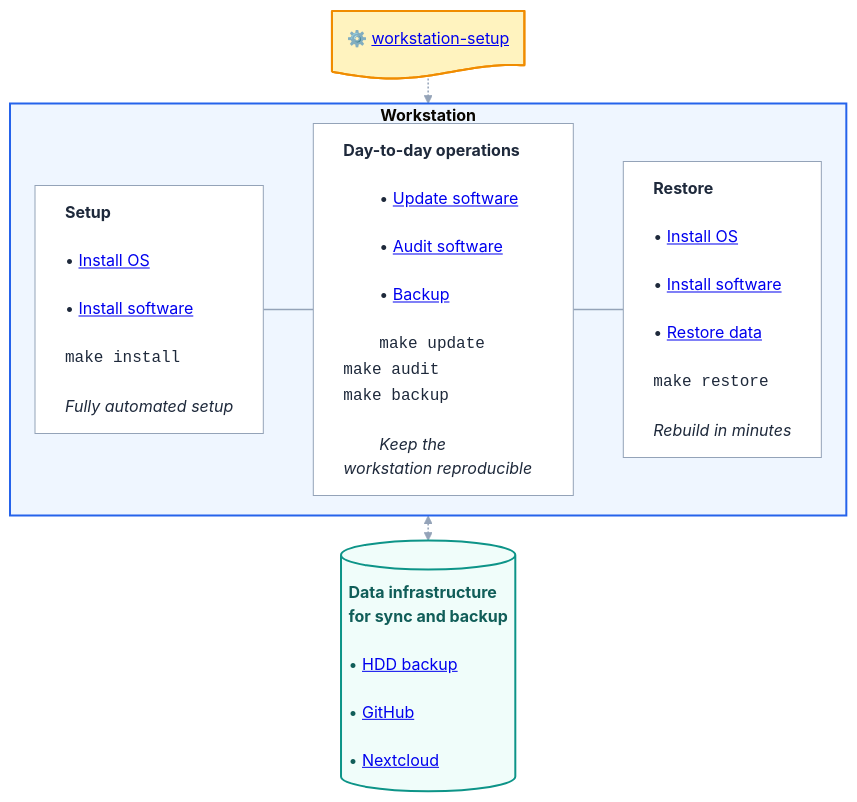
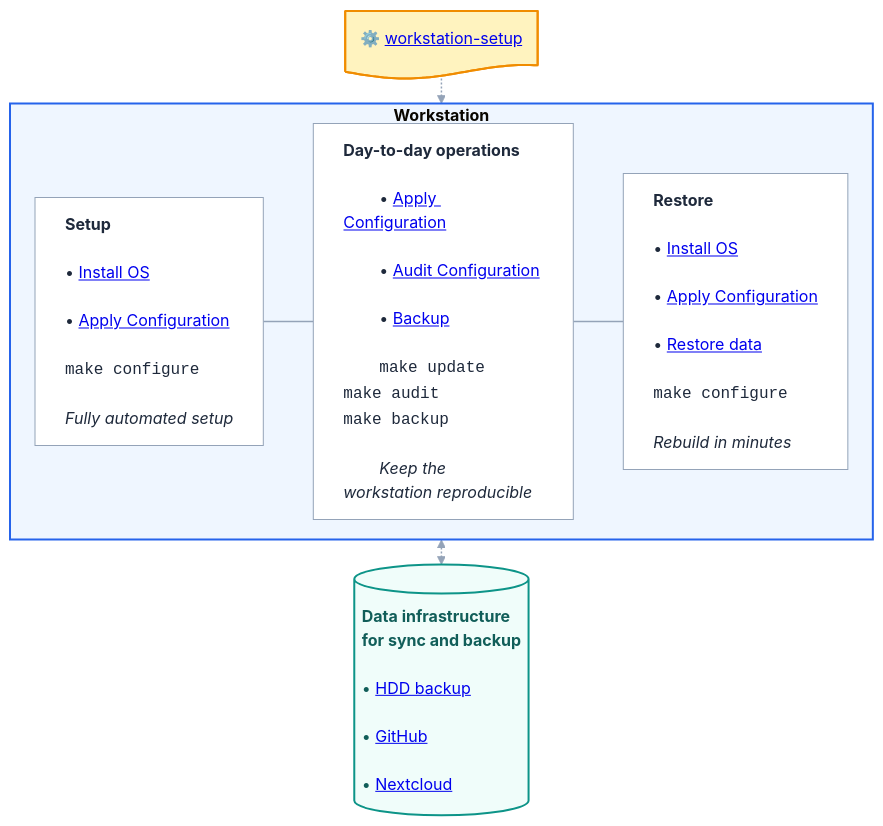
Before and after one commit to fs-ise/workstation-setup: the diagram in docs/index.qmd, drawn with Mermaid. The commit also changed 17 other files, not shown here.

Commit message:
refer to configuration instead of install software

````diff
--- a/docs/index.qmd
+++ b/docs/index.qmd
@@ -8,68 +8,68 @@
 ```{mermaid}
 %%| fig-align: center
 ---
 config:
   theme: base
   themeCSS: |-
     .node { color-scheme: light dark; }
 
     .nodeLabel { line-height: 1.15 !important; }
 ---
 %%{init: {"flowchart":{"rankSpacing":25,"nodeSpacing":20,"curve":"linear","htmlLabels":true}}}%%
 flowchart TB
 
     %% Top: Configuration recipe
     A@{ shape: doc, label: "⚙️ <a href='https://github.com/fs-ise/workstation-setup'>workstation-setup</a><br/>" }
 
     %% Middle: Workstation lifecycle
     subgraph WS["<strong>Workstation</strong>"]
         direction LR
 
         Setup["<strong>Setup</strong><br/>
         • <a href='install_os.html'>Install OS</a><br/>
-        • <a href='install_software.html'>Install software</a><br/>
-        <span style='font-family:monospace;'>make install</span><br/>
+        • <a href='install_software.html'>Apply Configuration</a><br/>
+        <span style='font-family:monospace;'>make configure</span><br/>
         <i>Fully automated setup</i>"]
 
         Daily["<strong>Day-to-day operations</strong><br/>
-        • <a href='update_software.html'>Update software</a><br/>
-        • <a href='update_software.html#audit'>Audit software</a><br/>
+        • <a href='install_software.html#update-and-reapply-configuration'>Apply Configuration</a><br/>
+        • <a href='update_software.html'>Audit Configuration</a><br/>
         • <a href='backup.html'>Backup</a><br/>
         <span style='font-family:monospace;'>make update<br/>make audit<br/>make backup</span><br/>
         <i>Keep the workstation reproducible</i>"]
 
         Restore["<strong>Restore</strong><br/>
         • <a href='install_os.html'>Install OS</a><br/>
-        • <a href='install_software.html'>Install software</a><br/>
-        • <a href='restore.html#data'>Restore data</a><br/>
-        <span style='font-family:monospace;'>make restore</span><br/>
+        • <a href='install_software.html'>Apply Configuration</a><br/>
+        • <a href='restore.html'>Restore data</a><br/>
+        <span style='font-family:monospace;'>make configure</span><br/>
         <i>Rebuild in minutes</i>"]
 
         %% Invisible links enforce left-to-right ordering
         Setup ~~~ Daily ~~~ Restore
     end
 
     %% Bottom: Shared data infrastructure
     DATA[("<strong>Data infrastructure<br/>for sync and backup</strong><br/>
     • <a href='backup.html#hdd-backup'>HDD backup</a><br/>
     • <a href='backup.html#github'>GitHub</a><br/>
     • <a href='backup.html#nextcloud'>Nextcloud</a>")]
 
     %% External connections
     A -.-> WS
     WS <-.-> DATA
 
     %% Node styles
     classDef ansible fill:#fff3bf,stroke:#f08c00,stroke-width:2px,color:#1e293b;
     classDef phase fill:#ffffff,stroke:#94a3b8,stroke-width:1px,color:#1e293b,text-align:left;
     classDef storage fill:#f0fdfa,stroke:#0d9488,stroke-width:2px,color:#115e59,text-align:left;
 
     class A ansible;
     class Setup,Daily,Restore phase;
     class DATA storage;
 
     %% Workstation container
     style WS fill:#eff6ff,stroke:#2563eb,stroke-width:2px
 
     linkStyle default stroke:#94a3b8,stroke-width:1.5px
 ```
````
